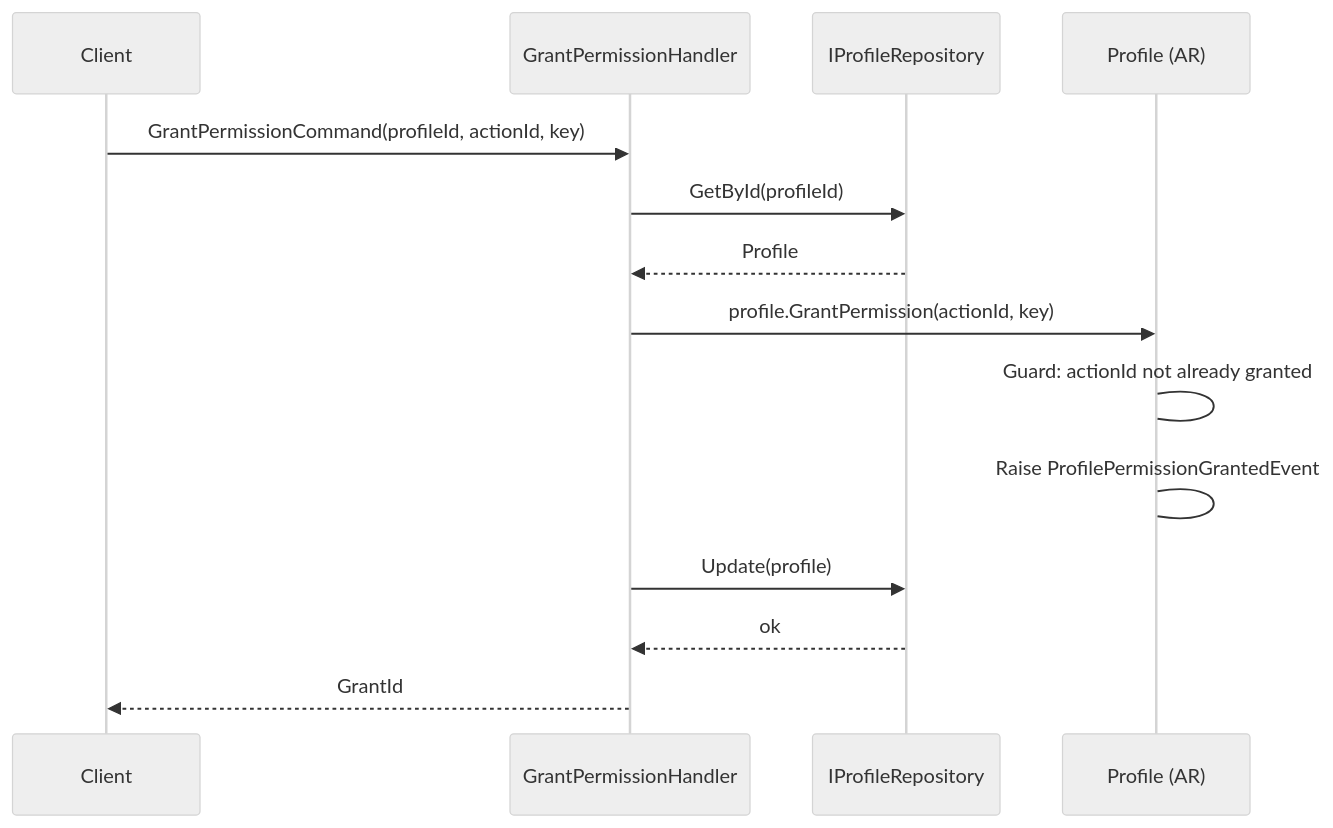
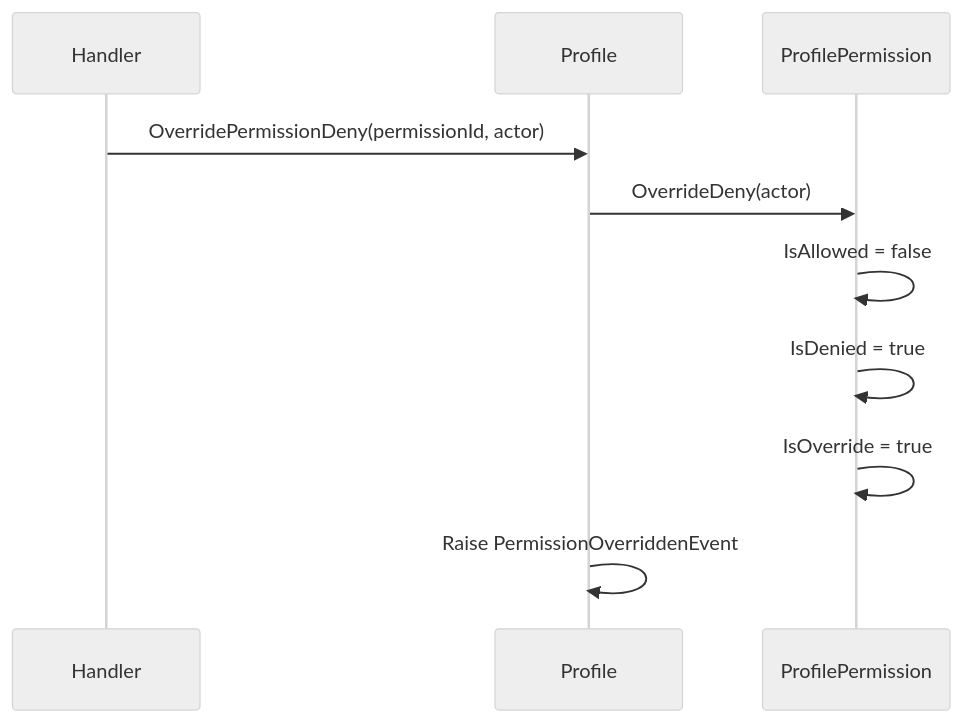
The third of 4 diagrams in docs/domain/authorization/profile-permission.md (beyondnetcode/ums), drawn with Mermaid (neutral theme) before and after one commit. The commit also changed other lines of this file and 19 other files, not shown here.

````diff
--- a/docs/domain/authorization/profile-permission.md
+++ b/docs/domain/authorization/profile-permission.md
@@ -77,17 +116,13 @@
 ```mermaid
 sequenceDiagram
-    participant C as Client
-    participant H as GrantPermissionHandler
-    participant R as IProfileRepository
-    participant P as Profile (AR)
+    participant H as Handler
+    participant P as Profile
+    participant PP as ProfilePermission
 
-    C->>H: GrantPermissionCommand(profileId, actionId, key)
-    H->>R: GetById(profileId)
-    R-->>H: Profile
-    H->>P: profile.GrantPermission(actionId, key)
-    P->P: Guard: actionId not already granted
-    P->P: Raise ProfilePermissionGrantedEvent
-    H->>R: Update(profile)
-    R-->>H: ok
-    H-->>C: GrantId
+    H->>P: OverridePermissionDeny(permissionId, actor)
+    P->>PP: OverrideDeny(actor)
+    PP->>PP: IsAllowed = false
+    PP->>PP: IsDenied = true
+    PP->>PP: IsOverride = true
+    P->>P: Raise PermissionOverriddenEvent
 ```
````
